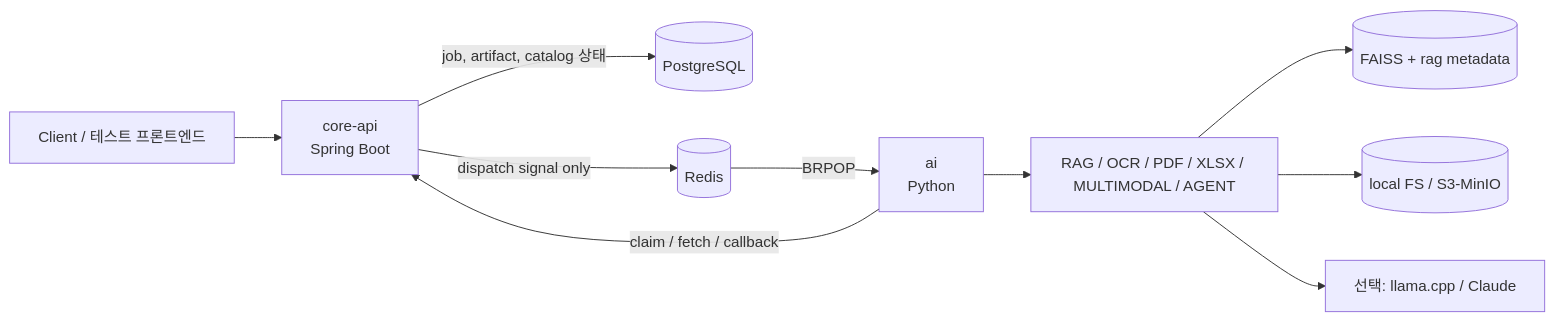
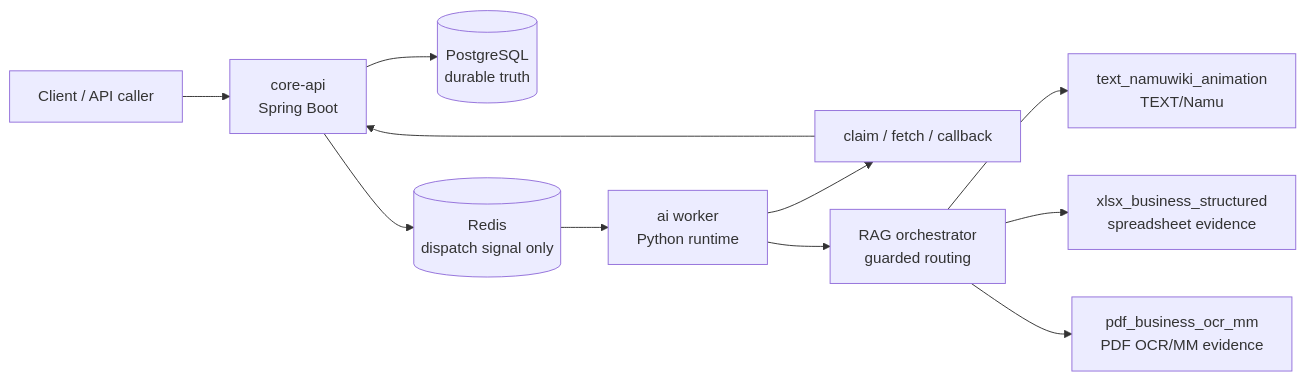
One commit to sfr9802/async-ai-document-pipeline-with-domain-rag changed the diagram in README.md. Above: the diagram before and after it, drawn with Mermaid. The commit also changed other lines of this file, not shown here.

````diff
--- a/README.md
+++ b/README.md
@@ -43,12 +22,13 @@
 ```mermaid
 flowchart LR
-    Client["Client / 테스트 프론트엔드"] --> Core["core-api<br/>Spring Boot"]
-    Core -->|"job, artifact, catalog 상태"| DB[("PostgreSQL")]
-    Core -->|"dispatch signal only"| Redis[("Redis")]
-    Redis -->|"BRPOP"| Worker["ai<br/>Python"]
-    Worker -->|"claim / fetch / callback"| Core
-    Worker --> Capabilities["RAG / OCR / PDF / XLSX / MULTIMODAL / AGENT"]
-    Capabilities --> Index[("FAISS + rag metadata")]
-    Capabilities --> Storage[("local FS / S3-MinIO")]
-    Capabilities --> LLM["선택: llama.cpp / Claude"]
+    Client["Client / API caller"] --> Core["core-api<br/>Spring Boot"]
+    Core --> DB[("PostgreSQL<br/>durable truth")]
+    Core --> Redis[("Redis<br/>dispatch signal only")]
+    Redis --> Worker["ai worker<br/>Python runtime"]
+    Worker --> Claim["claim / fetch / callback"]
+    Claim --> Core
+    Worker --> Orchestrator["RAG orchestrator<br/>guarded routing"]
+    Orchestrator --> Text["text_namuwiki_animation<br/>TEXT/Namu"]
+    Orchestrator --> Xlsx["xlsx_business_structured<br/>spreadsheet evidence"]
+    Orchestrator --> Pdf["pdf_business_ocr_mm<br/>PDF OCR/MM evidence"]
 ```
````
